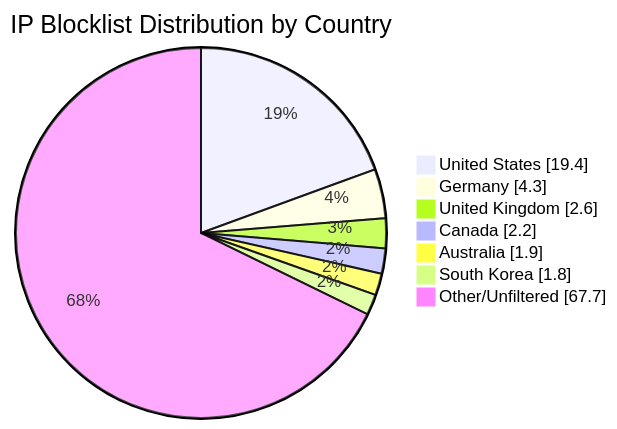
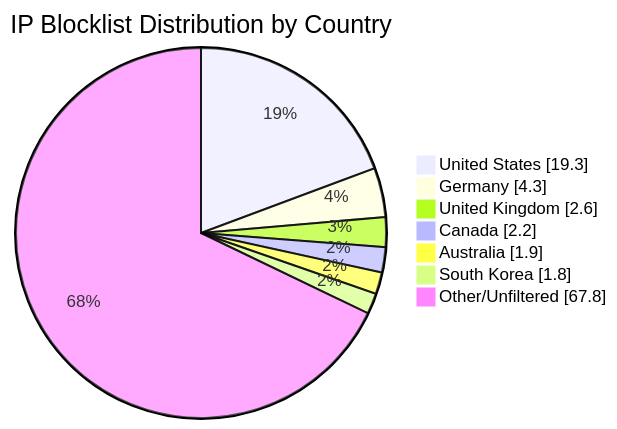
The diagram in README.md (MarcusHoltz/ipblocklist-geofiltered-aggregator), drawn with Mermaid before and after one commit. The commit also changed other lines of this file and 9 other files, not shown here.

````diff
--- a/README.md
+++ b/README.md
@@ -34,10 +34,10 @@
 ```mermaid
 pie showData title IP Blocklist Distribution by Country
-"United States" : 19.4
+"United States" : 19.3
 "Germany" : 4.3
 "United Kingdom" : 2.6
 "Canada" : 2.2
 "Australia" : 1.9
 "South Korea" : 1.8
-"Other/Unfiltered" : 67.7
+"Other/Unfiltered" : 67.8
 ```
````
